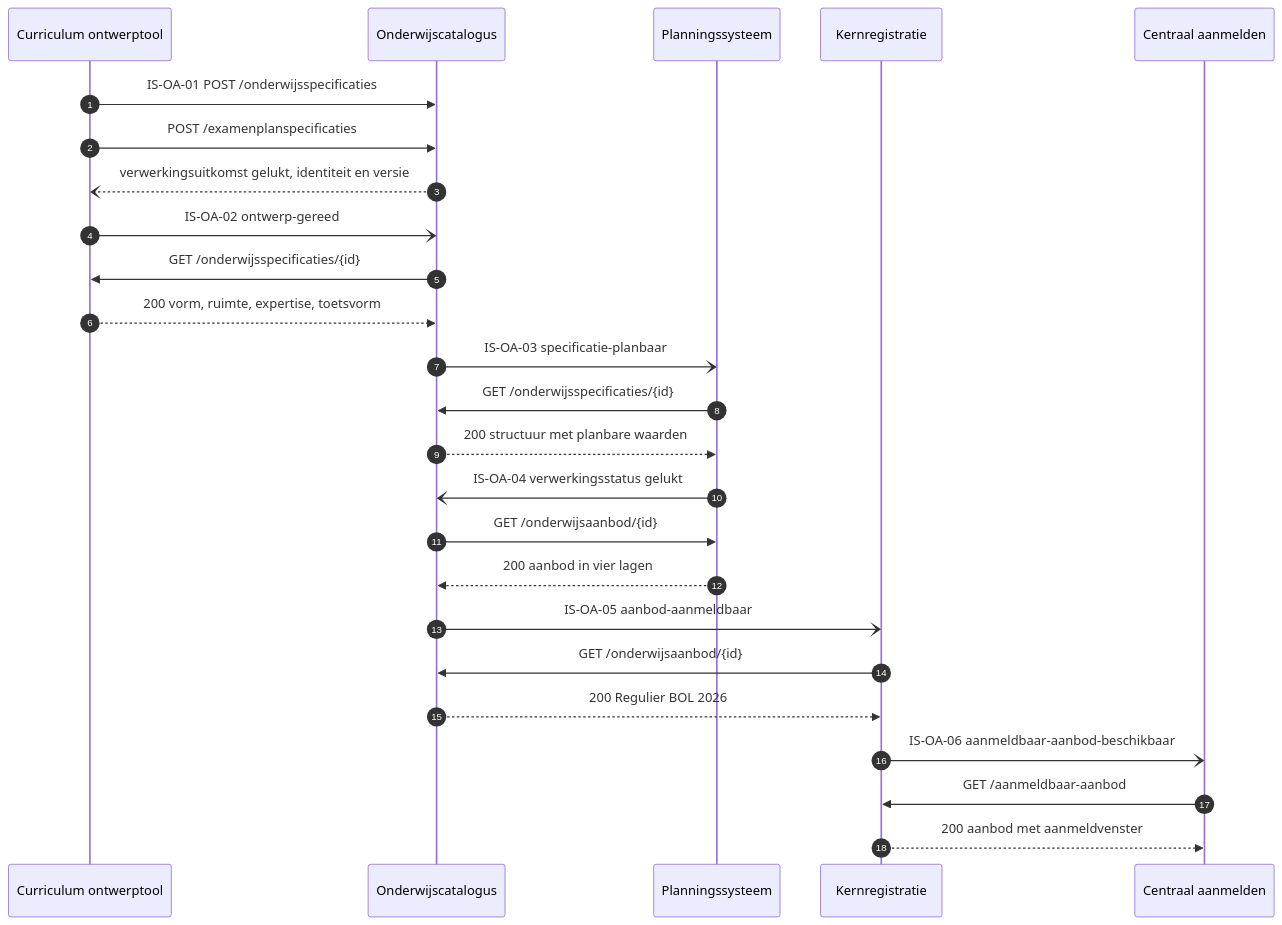
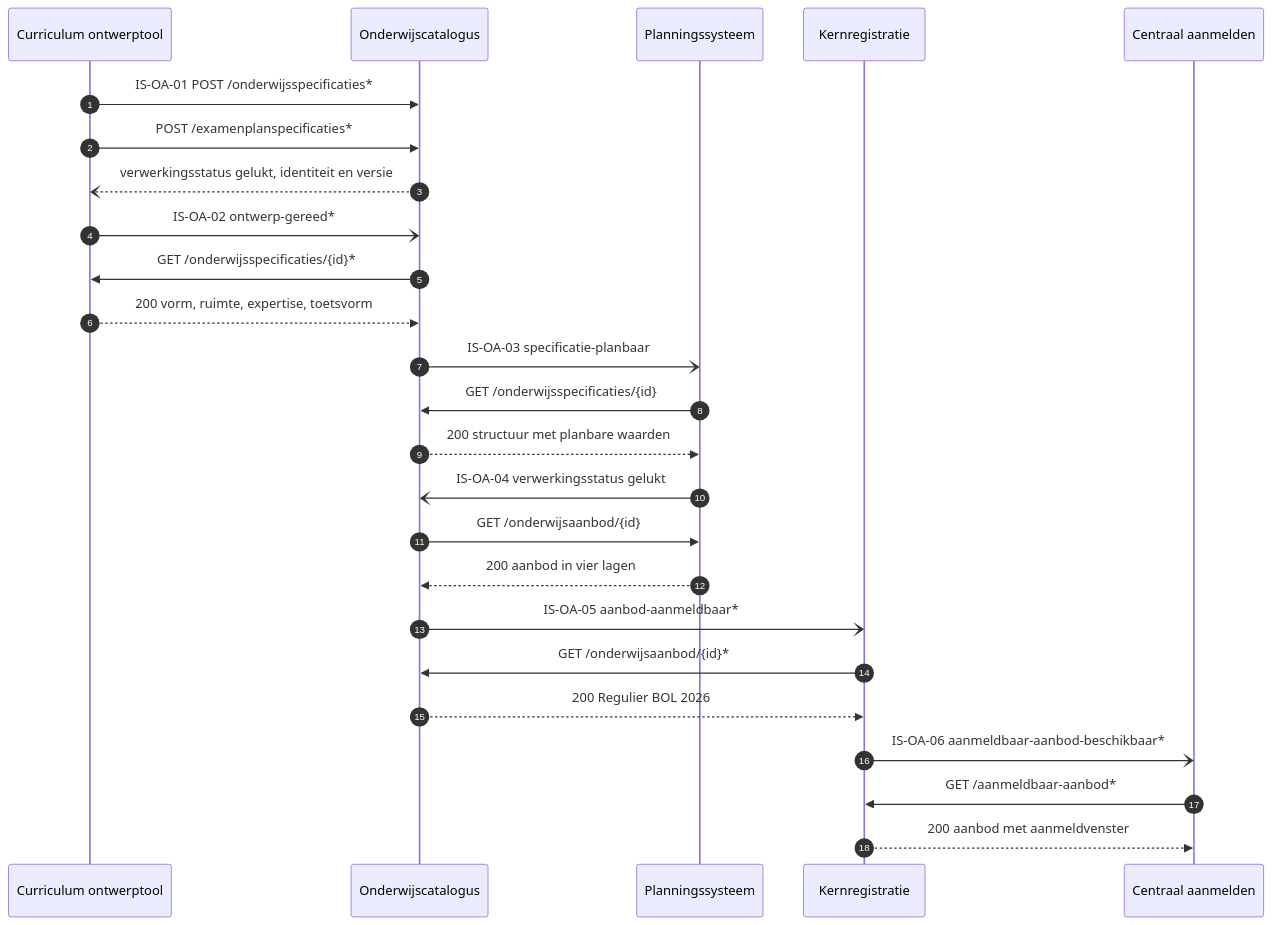
Before and after one commit to Npuls-OKx/meta: the third of 3 diagrams in architecture/docs/specificatie/interactie-onderwijsaanbod/README.md, drawn with Mermaid. The commit also changed other lines of this file and 6 other files, not shown here.

````diff
--- a/architecture/docs/specificatie/interactie-onderwijsaanbod/README.md
+++ b/architecture/docs/specificatie/interactie-onderwijsaanbod/README.md
@@ -303,27 +297,27 @@
 ```mermaid
 sequenceDiagram
     autonumber
     participant CO as Curriculum ontwerptool
     participant OC as Onderwijscatalogus
     participant PL as Planningssysteem
     participant KRS as Kernregistratie
     participant CA as Centraal aanmelden
-    CO->>OC: IS-OA-01 POST /onderwijsspecificaties
-    CO->>OC: POST /examenplanspecificaties
-    OC--)CO: verwerkingsuitkomst gelukt, identiteit en versie
-    CO-)OC: IS-OA-02 ontwerp-gereed
-    OC->>CO: GET /onderwijsspecificaties/{id}
+    CO->>OC: IS-OA-01 POST /onderwijsspecificaties*
+    CO->>OC: POST /examenplanspecificaties*
+    OC--)CO: verwerkingsstatus gelukt, identiteit en versie
+    CO-)OC: IS-OA-02 ontwerp-gereed*
+    OC->>CO: GET /onderwijsspecificaties/{id}*
     CO-->>OC: 200 vorm, ruimte, expertise, toetsvorm
     OC-)PL: IS-OA-03 specificatie-planbaar
     PL->>OC: GET /onderwijsspecificaties/{id}
     OC-->>PL: 200 structuur met planbare waarden
     PL-)OC: IS-OA-04 verwerkingsstatus gelukt
     OC->>PL: GET /onderwijsaanbod/{id}
     PL-->>OC: 200 aanbod in vier lagen
-    OC-)KRS: IS-OA-05 aanbod-aanmeldbaar
-    KRS->>OC: GET /onderwijsaanbod/{id}
+    OC-)KRS: IS-OA-05 aanbod-aanmeldbaar*
+    KRS->>OC: GET /onderwijsaanbod/{id}*
     OC-->>KRS: 200 Regulier BOL 2026
-    KRS-)CA: IS-OA-06 aanmeldbaar-aanbod-beschikbaar
-    CA->>KRS: GET /aanmeldbaar-aanbod
+    KRS-)CA: IS-OA-06 aanmeldbaar-aanbod-beschikbaar*
+    CA->>KRS: GET /aanmeldbaar-aanbod*
     KRS-->>CA: 200 aanbod met aanmeldvenster
 ```
````
